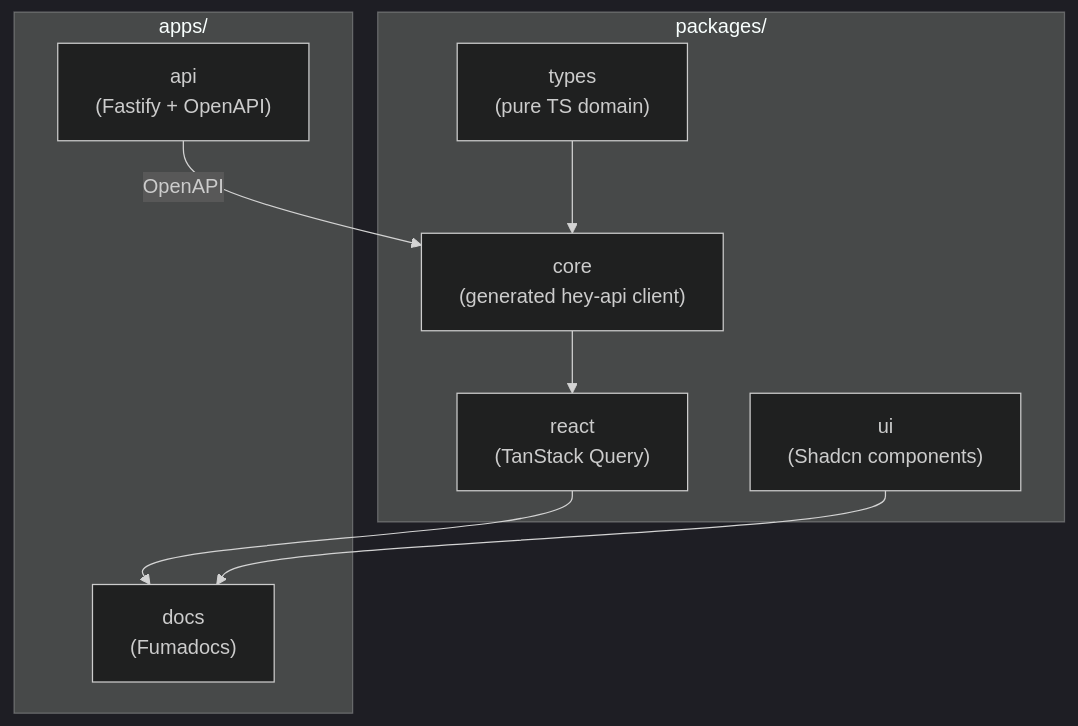
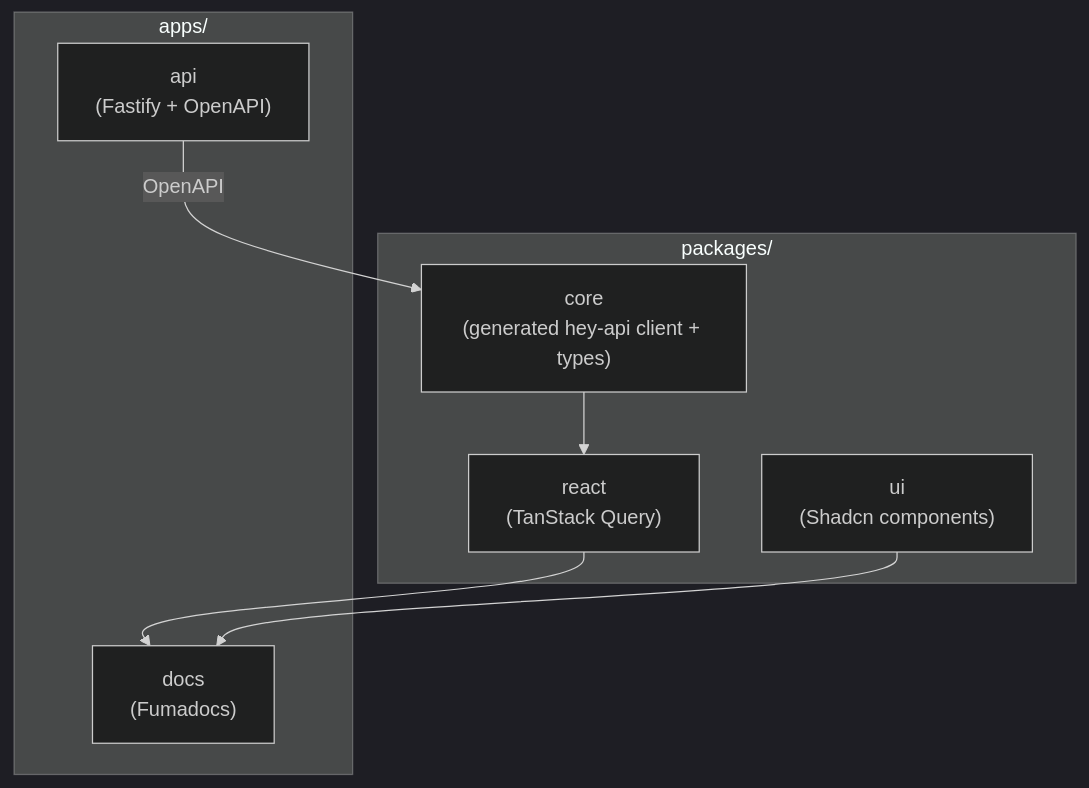
Before and after one commit to blockmatic/basilic-evm: the diagram in apps/docs/content/docs/monorepo.mdx, drawn with Mermaid (dark theme). The commit also changed other lines of this file and 36 other files, not shown here.

Commit message:
refactor: schema workflow

````diff
--- a/apps/docs/content/docs/monorepo.mdx
+++ b/apps/docs/content/docs/monorepo.mdx
@@ -29,20 +29,18 @@
 ```mermaid
 flowchart TB
   subgraph Packages["packages/"]
-    Types["types<br/>(pure TS domain)"]
-    Core["core<br/>(generated hey-api client)"]
+    Core["core<br/>(generated hey-api client + types)"]
     React["react<br/>(TanStack Query)"]
     UI["ui<br/>(Shadcn components)"]
   end
 
   subgraph Apps["apps/"]
     API["api<br/>(Fastify + OpenAPI)"]
     Docs["docs<br/>(Fumadocs)"]
   end
 
-  Types --> Core
   API -->|OpenAPI| Core
   Core --> React
   React --> Docs
   UI --> Docs
 ```
````
